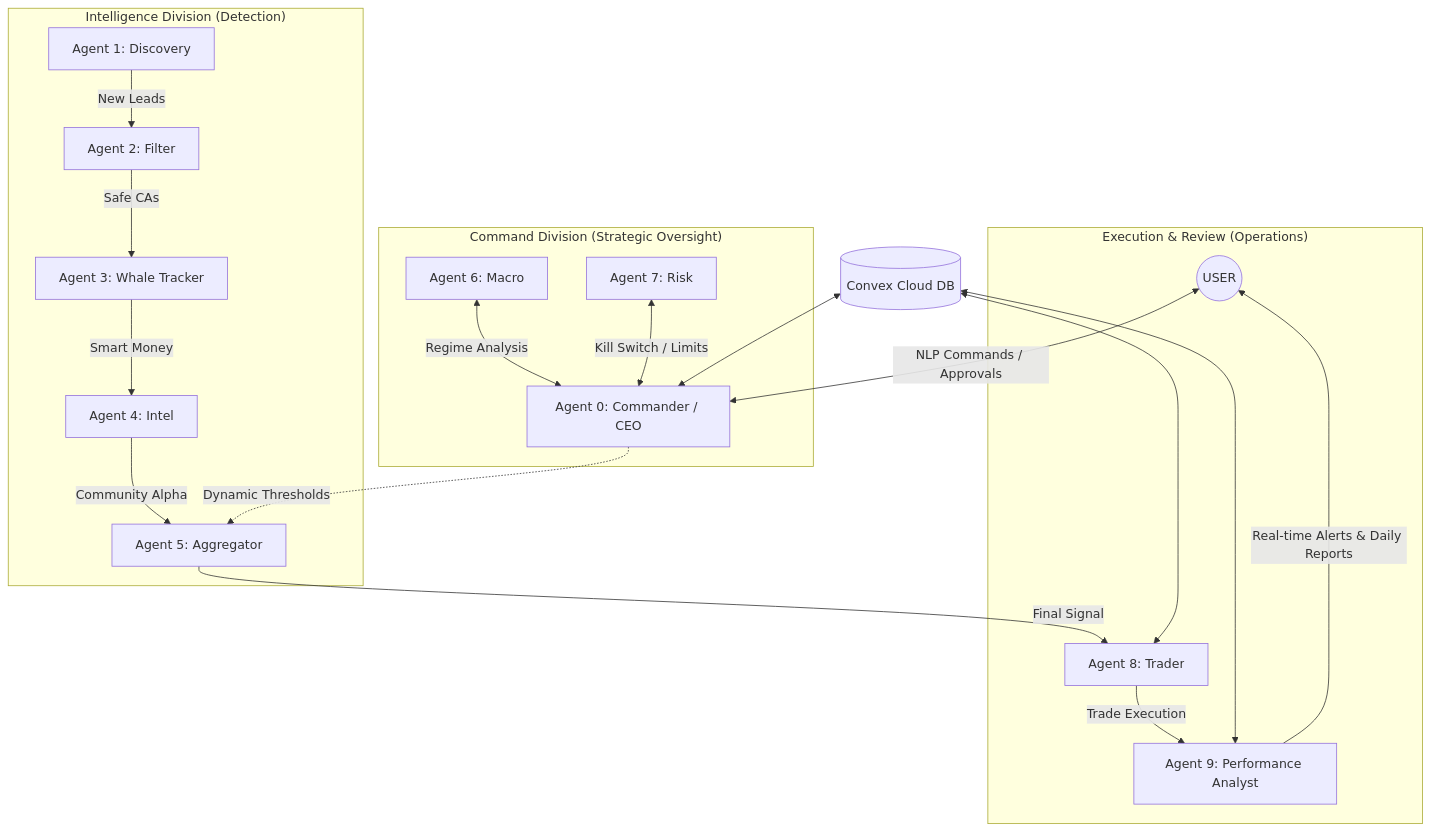
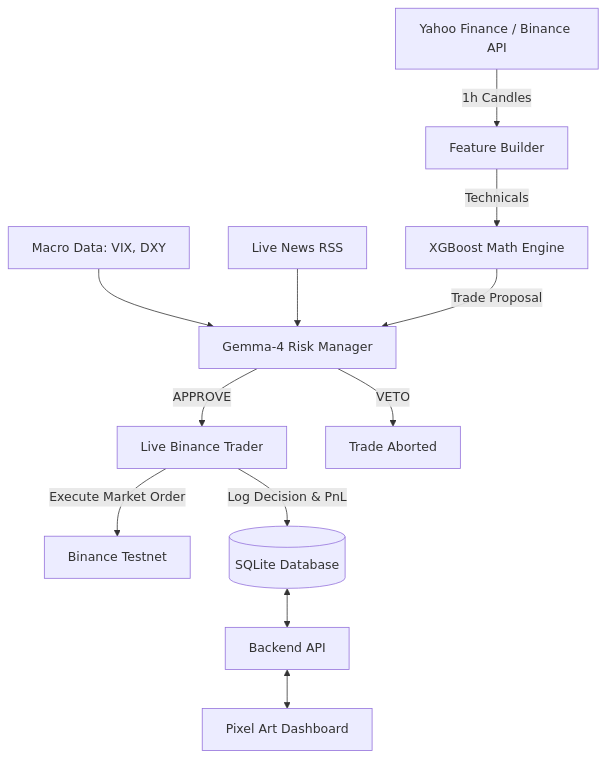
One commit to Subhamcode16/Crypto-trading-firm changed the diagram in README.md. Above: the diagram before and after it, drawn with Mermaid. The commit also changed other lines of this file and 377 other files, not shown here.

````diff
--- a/README.md
+++ b/README.md
@@ -38,27 +35,18 @@
 ```mermaid
 graph TD
-    User((USER)) <-->|NLP Commands / Approvals| A0[Agent 0: Commander / CEO]
+    MarketData[Yahoo Finance / Binance API] --> |1h Candles| FeatureBuilder[Feature Builder]
+    FeatureBuilder --> |Technicals| XGBoost[XGBoost Math Engine]
     
-    subgraph "Intelligence Division (Detection)"
-        A1[Agent 1: Discovery] -->|New Leads| A2[Agent 2: Filter]
-        A2 -->|Safe CAs| A3[Agent 3: Whale Tracker]
-        A3 -->|Smart Money| A4[Agent 4: Intel]
-        A4 -->|Community Alpha| A5[Agent 5: Aggregator]
-    end
-
-    subgraph "Command Division (Strategic Oversight)"
-        A6[Agent 6: Macro] <-->|Regime Analysis| A0
-        A7[Agent 7: Risk] <-->|Kill Switch / Limits| A0
-        A0 -.->|Dynamic Thresholds| A5
-    end
-
-    subgraph "Execution & Review (Operations)"
-        A5 -->|Final Signal| A8[Agent 8: Trader]
-        A8 -->|Trade Execution| A9[Agent 9: Performance Analyst]
-        A9 -->|Real-time Alerts & Daily Reports| User
-    end
-
-    Convex[(Convex Cloud DB)] <--> A0
-    Convex <--> A8
-    Convex <--> A9
+    Macro[Macro Data: VIX, DXY] --> Gemma[Gemma-4 Risk Manager]
+    News[Live News RSS] --> Gemma
+    XGBoost --> |Trade Proposal| Gemma
+    
+    Gemma -->|APPROVE| LiveTrader[Live Binance Trader]
+    Gemma -->|VETO| Cancel[Trade Aborted]
+    
+    LiveTrader -->|Execute Market Order| Binance[Binance Testnet]
+    LiveTrader -->|Log Decision & PnL| SQLite[(SQLite Database)]
+    
+    SQLite <--> FastAPI[Backend API]
+    FastAPI <--> Frontend[Pixel Art Dashboard]
 ```
````
